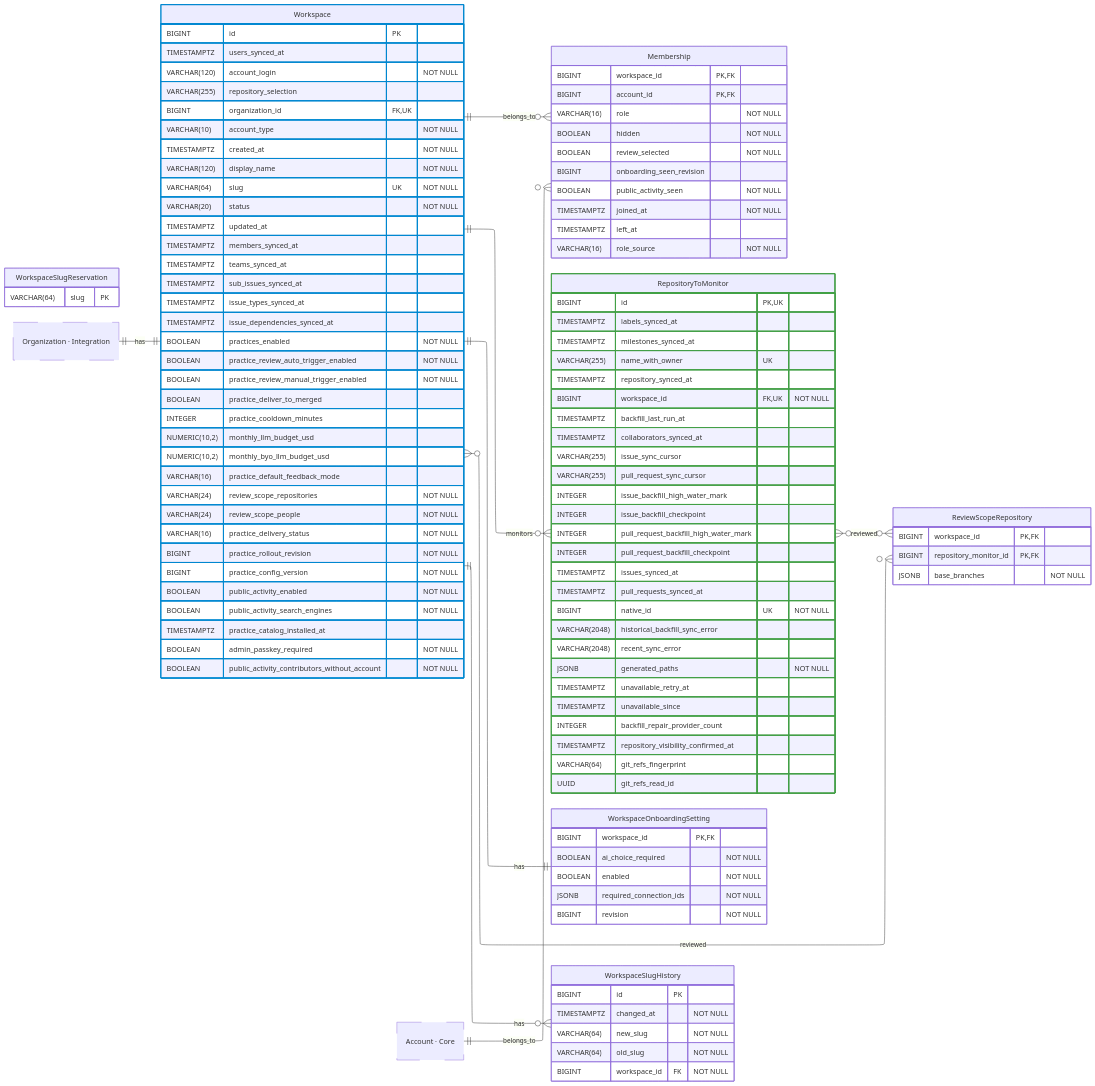
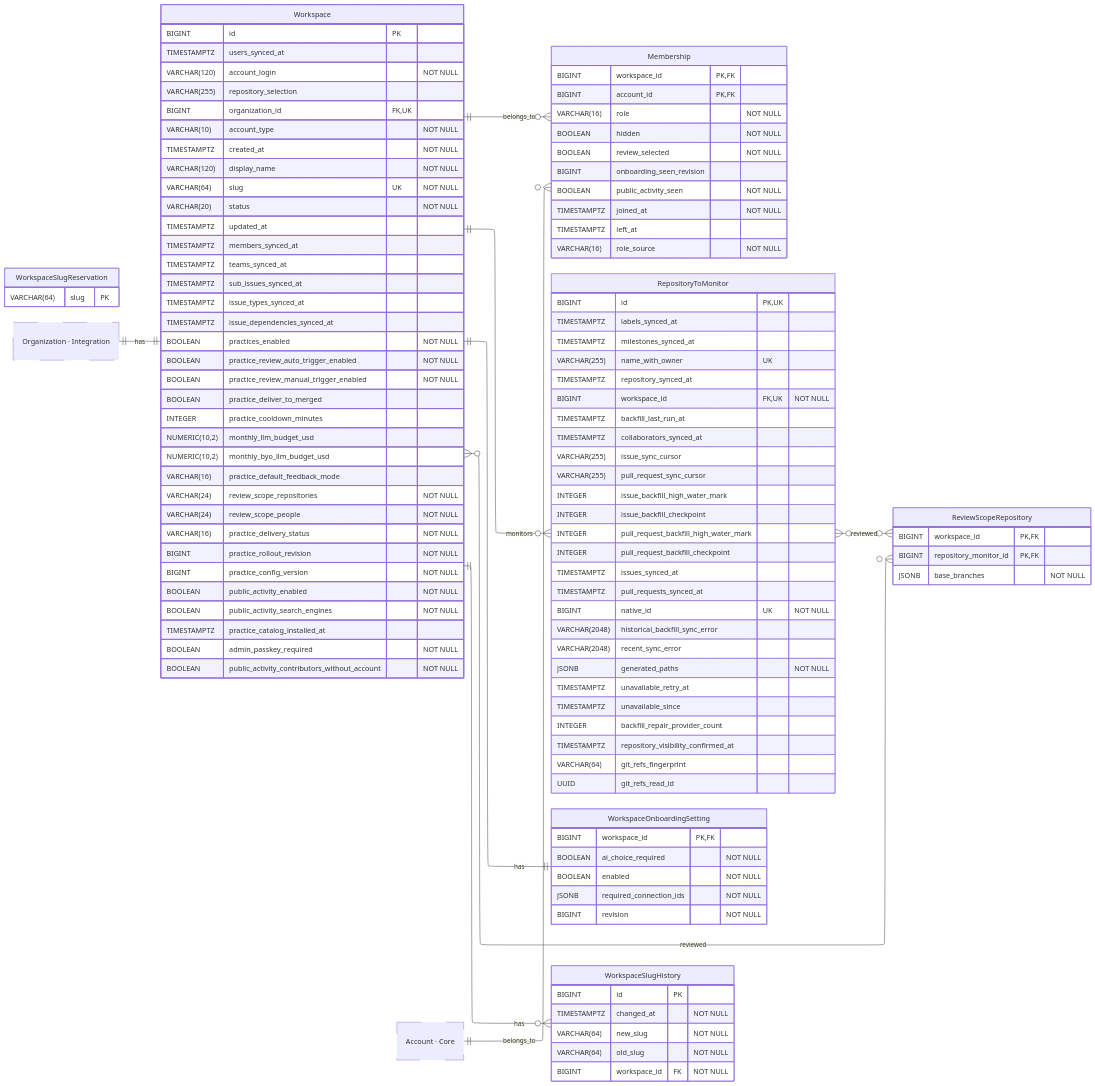
Before and after one commit to hephaestus-build/Hephaestus: the diagram in docs/contributor/erd/workspace.mmd, drawn with Mermaid. The commit also changed 50 other files, not shown here.

First line of the commit message:
docs: system diagrams of Hephaestus at several levels of detail

```diff
--- a/docs/contributor/erd/workspace.mmd
+++ b/docs/contributor/erd/workspace.mmd
@@ -1,144 +1,144 @@
 ---
 config:
     layout: elk
 ---
 erDiagram
     %% Generated automatically from PostgreSQL database schema
     %% using scripts/generate-mermaid-erd.ts
     %% To regenerate: vp run db:generate-erd-docs
 
     direction LR
 
     Membership {
         BIGINT workspace_id PK,FK
         BIGINT account_id PK,FK
         VARCHAR(16) role "NOT NULL"
         BOOLEAN hidden "NOT NULL"
         BOOLEAN review_selected "NOT NULL"
         BIGINT onboarding_seen_revision
         BOOLEAN public_activity_seen "NOT NULL"
         TIMESTAMPTZ joined_at "NOT NULL"
         TIMESTAMPTZ left_at
         VARCHAR(16) role_source "NOT NULL"
     }
 
     RepositoryToMonitor {
         BIGINT id PK,UK
         TIMESTAMPTZ labels_synced_at
         TIMESTAMPTZ milestones_synced_at
         VARCHAR(255) name_with_owner UK
         TIMESTAMPTZ repository_synced_at
         BIGINT workspace_id FK,UK "NOT NULL"
         TIMESTAMPTZ backfill_last_run_at
         TIMESTAMPTZ collaborators_synced_at
         VARCHAR(255) issue_sync_cursor
         VARCHAR(255) pull_request_sync_cursor
         INTEGER issue_backfill_high_water_mark
         INTEGER issue_backfill_checkpoint
         INTEGER pull_request_backfill_high_water_mark
         INTEGER pull_request_backfill_checkpoint
         TIMESTAMPTZ issues_synced_at
         TIMESTAMPTZ pull_requests_synced_at
         BIGINT native_id UK "NOT NULL"
         VARCHAR(2048) historical_backfill_sync_error
         VARCHAR(2048) recent_sync_error
         JSONB generated_paths "NOT NULL"
         TIMESTAMPTZ unavailable_retry_at
         TIMESTAMPTZ unavailable_since
         INTEGER backfill_repair_provider_count
         TIMESTAMPTZ repository_visibility_confirmed_at
         VARCHAR(64) git_refs_fingerprint
         UUID git_refs_read_id
     }
 
     ReviewScopeRepository {
         BIGINT workspace_id PK,FK
         BIGINT repository_monitor_id PK,FK
         JSONB base_branches "NOT NULL"
     }
 
     Workspace {
         BIGINT id PK
         TIMESTAMPTZ users_synced_at
         VARCHAR(120) account_login "NOT NULL"
         VARCHAR(255) repository_selection
         BIGINT organization_id FK,UK
         VARCHAR(10) account_type "NOT NULL"
         TIMESTAMPTZ created_at "NOT NULL"
         VARCHAR(120) display_name "NOT NULL"
         VARCHAR(64) slug UK "NOT NULL"
         VARCHAR(20) status "NOT NULL"
         TIMESTAMPTZ updated_at
         TIMESTAMPTZ members_synced_at
         TIMESTAMPTZ teams_synced_at
         TIMESTAMPTZ sub_issues_synced_at
         TIMESTAMPTZ issue_types_synced_at
         TIMESTAMPTZ issue_dependencies_synced_at
         BOOLEAN practices_enabled "NOT NULL"
         BOOLEAN practice_review_auto_trigger_enabled "NOT NULL"
         BOOLEAN practice_review_manual_trigger_enabled "NOT NULL"
         BOOLEAN practice_deliver_to_merged
         INTEGER practice_cooldown_minutes
         NUMERIC(10,2) monthly_llm_budget_usd
         NUMERIC(10,2) monthly_byo_llm_budget_usd
         VARCHAR(16) practice_default_feedback_mode
         VARCHAR(24) review_scope_repositories "NOT NULL"
         VARCHAR(24) review_scope_people "NOT NULL"
         VARCHAR(16) practice_delivery_status "NOT NULL"
         BIGINT practice_rollout_revision "NOT NULL"
         BIGINT practice_config_version "NOT NULL"
         BOOLEAN public_activity_enabled "NOT NULL"
         BOOLEAN public_activity_search_engines "NOT NULL"
         TIMESTAMPTZ practice_catalog_installed_at
         BOOLEAN admin_passkey_required "NOT NULL"
         BOOLEAN public_activity_contributors_without_account "NOT NULL"
     }
 
     WorkspaceOnboardingSetting {
         BIGINT workspace_id PK,FK
         BOOLEAN ai_choice_required "NOT NULL"
         BOOLEAN enabled "NOT NULL"
         JSONB required_connection_ids "NOT NULL"
         BIGINT revision "NOT NULL"
     }
 
     WorkspaceSlugHistory {
         BIGINT id PK
         TIMESTAMPTZ changed_at "NOT NULL"
         VARCHAR(64) new_slug "NOT NULL"
         VARCHAR(64) old_slug "NOT NULL"
         BIGINT workspace_id FK "NOT NULL"
     }
 
     WorkspaceSlugReservation {
         VARCHAR(64) slug PK
     }
 
     Account["Account · Core"]
     Organization["Organization · Integration"]
 
     %% Relationships
     %% One-to-One relationships
     Organization ||--|| Workspace : has
     Workspace ||--|| WorkspaceOnboardingSetting : has
 
     %% One-to-Many relationships
     Account ||--o{ Membership : belongs_to
     Workspace ||--o{ Membership : belongs_to
     Workspace ||--o{ RepositoryToMonitor : monitors
     Workspace ||--o{ WorkspaceSlugHistory : has
 
     %% Many-to-Many relationships
     RepositoryToMonitor }o--o{ ReviewScopeRepository : reviewed
     Workspace }o--o{ ReviewScopeRepository : reviewed
 
     %% Styling
-    classDef primaryEntity stroke:#0288d1,stroke-width:2px
-    classDef associationEntity stroke:#8e24aa,stroke-width:2px
-    classDef metadataEntity stroke:#43a047,stroke-width:2px
+    classDef primaryEntity stroke-width:2px
+    classDef associationEntity stroke-width:1px
+    classDef metadataEntity stroke-width:1px
     classDef referenceEntity stroke-dasharray:5 5
 
     class Account referenceEntity
     class Organization referenceEntity
     class RepositoryToMonitor metadataEntity
     class Workspace primaryEntity
```
